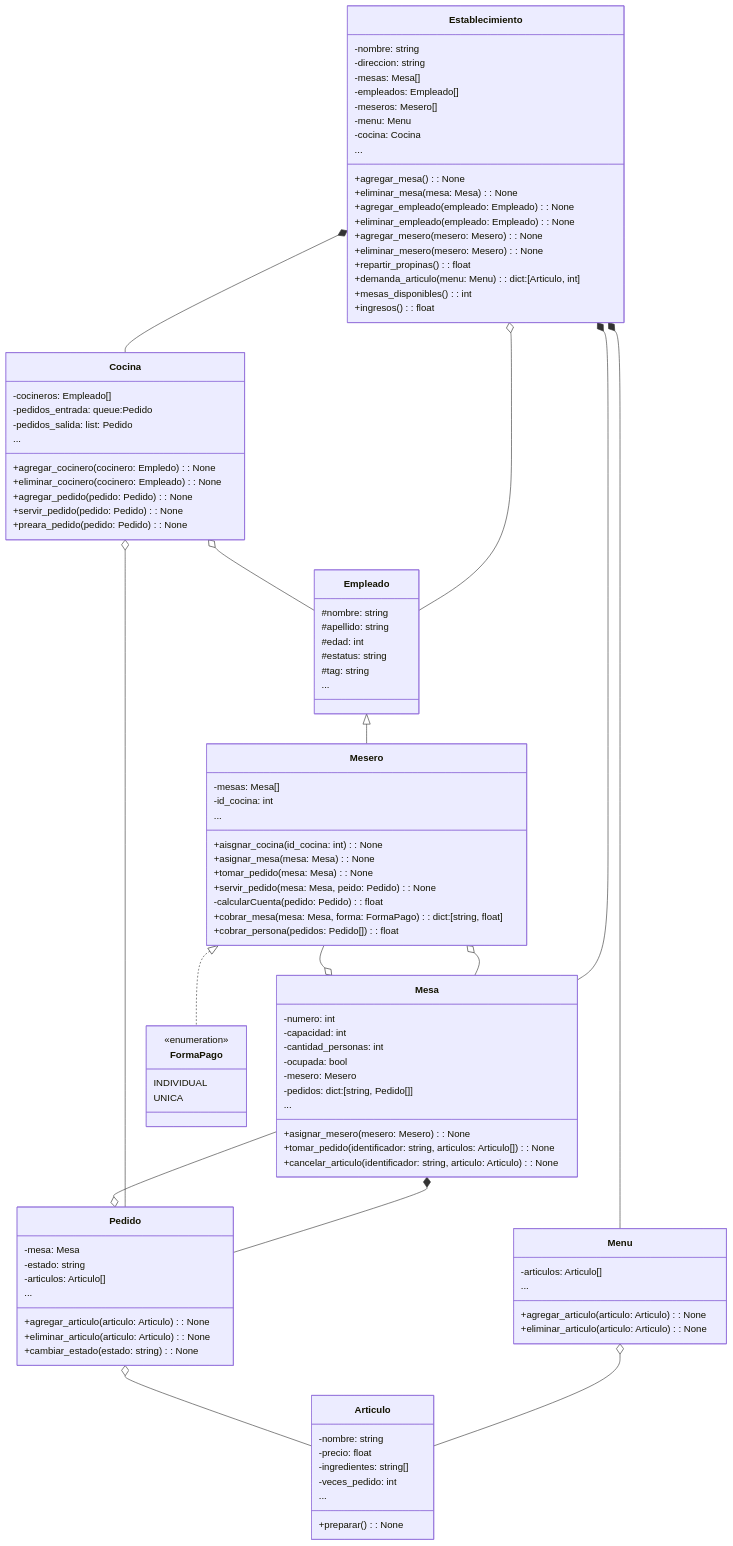
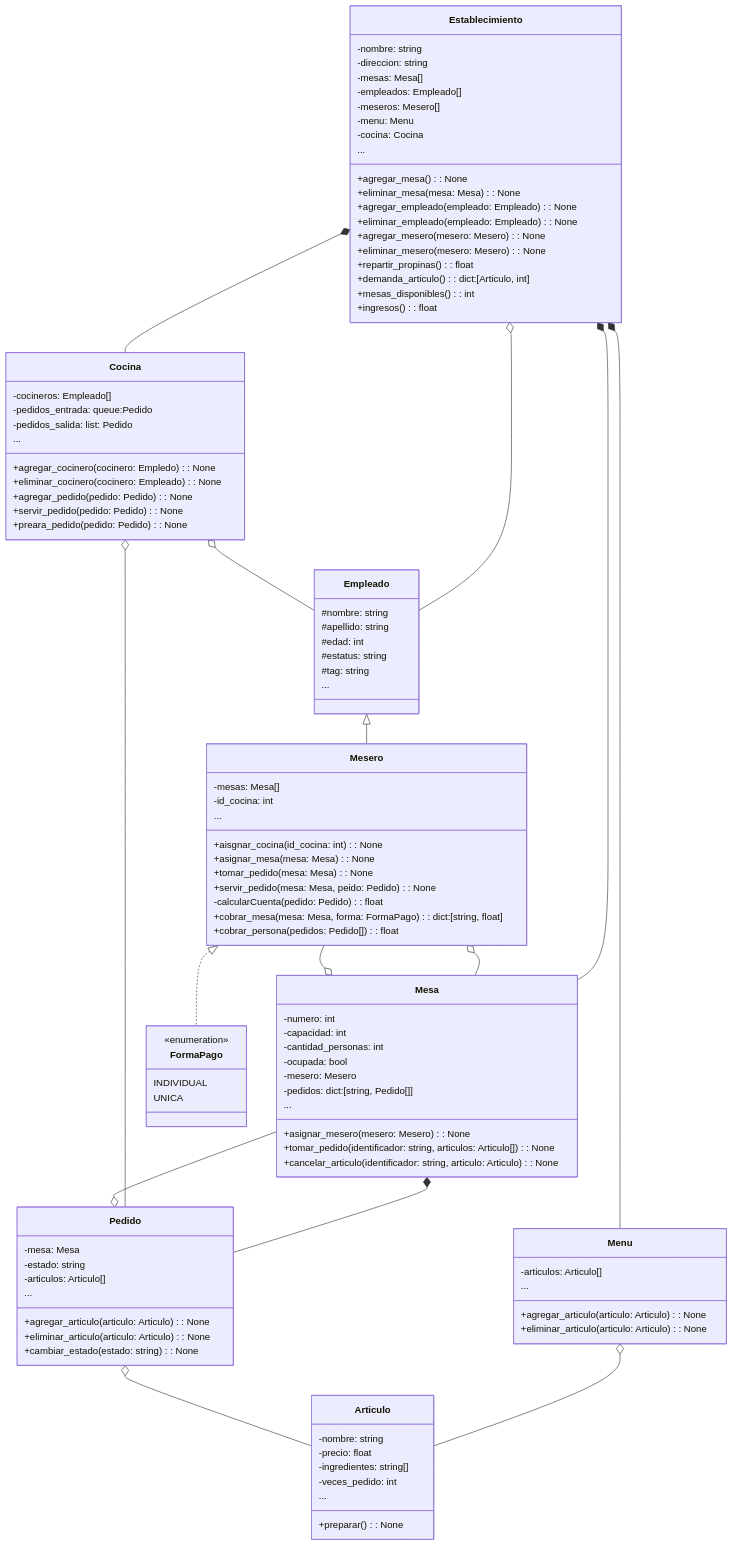
One commit to joseAcevesG/SOFT_RESTAURANT changed the diagram in UML.md. Above: the diagram before and after it, drawn with Mermaid.

```diff
--- a/UML.md
+++ b/UML.md
@@ -19,7 +19,7 @@
         +agregar_mesero(mesero: Mesero): None
         +eliminar_mesero(mesero: Mesero): None
         +repartir_propinas(): float
-        +demanda_articulo(menu: Menu): dict:[Articulo, int]
+        +demanda_articulo(): dict:[Articulo, int]
         +mesas_disponibles(): int
         +ingresos(): float
         ...
```
